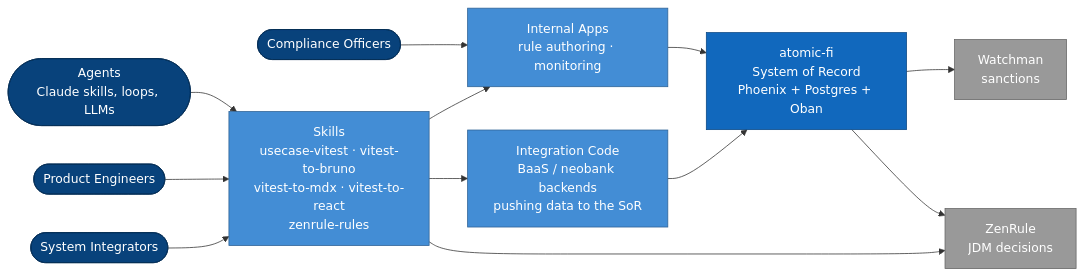
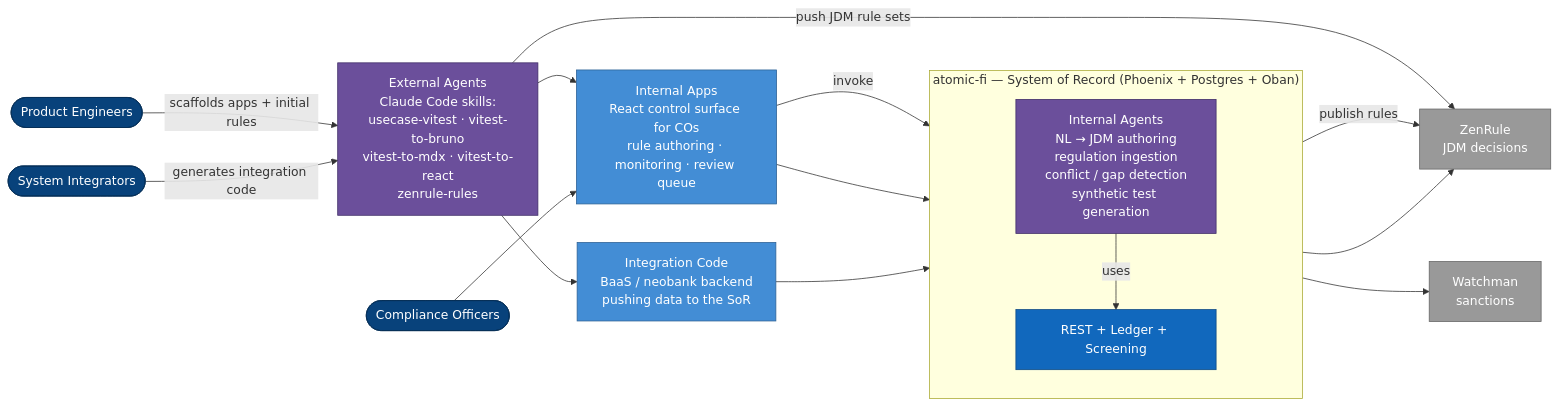
One commit to alvera-ai/atomic-fi changed the diagram in guides/architecture.md. Above: the diagram before and after it, drawn with Mermaid. The commit also changed other lines of this file, not shown here.

First line of the commit message:
docs(architecture): External Agents (dev-time) + Internal Agents (in-SoR)

````diff
--- a/guides/architecture.md
+++ b/guides/architecture.md
@@ -21,36 +29,43 @@
 ```mermaid
 flowchart LR
-    classDef operator fill:#08427b,stroke:#052e56,color:#fff
+    classDef human fill:#08427b,stroke:#052e56,color:#fff
+    classDef agent fill:#6b4f9b,stroke:#3f2d67,color:#fff
     classDef artifact fill:#438dd5,stroke:#2e6295,color:#fff
     classDef sor fill:#1168bd,stroke:#0b4884,color:#fff
     classDef external fill:#999,stroke:#666,color:#fff
 
-    agents([Agents<br/>Claude skills, loops, LLMs]):::operator
-    co([Compliance Officers]):::operator
-    pe([Product Engineers]):::operator
-    si([System Integrators]):::operator
+    co([Compliance Officers]):::human
+    pe([Product Engineers]):::human
+    si([System Integrators]):::human
 
-    skills[Skills<br/>usecase-vitest · vitest-to-bruno<br/>vitest-to-mdx · vitest-to-react<br/>zenrule-rules]:::artifact
-    apps[Internal Apps<br/>rule authoring · monitoring]:::artifact
-    intcode[Integration Code<br/>BaaS / neobank backends<br/>pushing data to the SoR]:::artifact
+    ext_agents[External Agents<br/>Claude Code skills:<br/>usecase-vitest · vitest-to-bruno<br/>vitest-to-mdx · vitest-to-react<br/>zenrule-rules]:::agent
 
-    sor[atomic-fi<br/>System of Record<br/>Phoenix + Postgres + Oban]:::sor
+    apps[Internal Apps<br/>React control surface for COs<br/>rule authoring · monitoring · review queue]:::artifact
+    intcode[Integration Code<br/>BaaS / neobank backend<br/>pushing data to the SoR]:::artifact
+
+    subgraph sor_box ["atomic-fi — System of Record (Phoenix + Postgres + Oban)"]
+        direction TB
+        sor_core[REST + Ledger + Screening]:::sor
+        int_agents[Internal Agents<br/>NL → JDM authoring<br/>regulation ingestion<br/>conflict / gap detection<br/>synthetic test generation]:::agent
+        int_agents -- "uses" --> sor_core
+    end
 
     watchman[Watchman<br/>sanctions]:::external
     zenrule[ZenRule<br/>JDM decisions]:::external
 
-    agents --> skills
-    pe     --> skills
-    si     --> skills
+    pe -- "scaffolds apps + initial rules" --> ext_agents
+    si -- "generates integration code" --> ext_agents
 
-    skills --> apps
-    skills --> intcode
-    skills --> zenrule
+    ext_agents --> apps
+    ext_agents --> intcode
+    ext_agents -- "push JDM rule sets" --> zenrule
 
-    co       --> apps
-    apps     --> sor
-    intcode  --> sor
+    co --> apps
+    apps -- "invoke" --> int_agents
+    apps --> sor_core
+    intcode --> sor_core
 
-    sor --> watchman
-    sor --> zenrule
+    int_agents -- "publish rules" --> zenrule
+    sor_core --> watchman
+    sor_core --> zenrule
 ```
````
